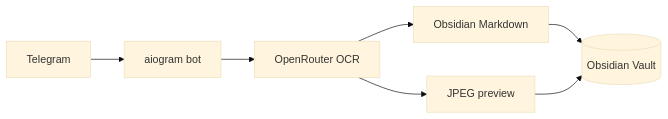
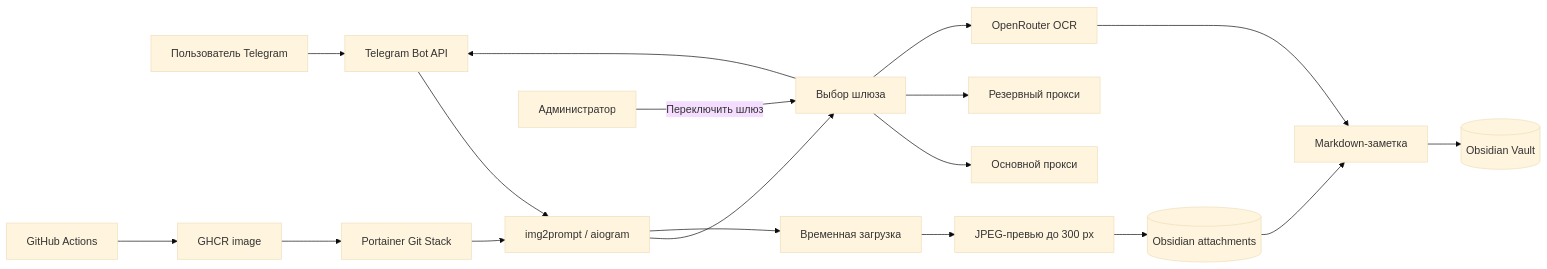
One commit to lstunn25ai/img2prompt changed the diagram in README.md. Above: the diagram before and after it, drawn with Mermaid (base theme). The commit also changed other lines of this file and 7 other files, not shown here.

````diff
--- a/README.md
+++ b/README.md
@@ -29,9 +17,20 @@
 ```mermaid
 flowchart LR
-    U[Telegram] --> B[aiogram bot]
-    B --> O[OpenRouter OCR]
-    O --> N[Obsidian Markdown]
-    O --> A[JPEG preview]
-    N --> V[(Obsidian Vault)]
-    A --> V
+    user[Пользователь Telegram] --> telegram[Telegram Bot API]
+    telegram --> bot[img2prompt / aiogram]
+    admin[Администратор] -->|Переключить шлюз| router[Выбор шлюза]
+    bot --> router
+    router --> primary[Основной прокси]
+    router --> reserve[Резервный прокси]
+    router --> telegram
+    router --> ocr[OpenRouter OCR]
+    bot --> incoming[Временная загрузка]
+    incoming --> preview[JPEG-превью до 300 px]
+    ocr --> note[Markdown-заметка]
+    preview --> attachments[(Obsidian attachments)]
+    attachments --> note
+    note --> vault[(Obsidian Vault)]
+    ci[GitHub Actions] --> ghcr[GHCR image]
+    ghcr --> portainer[Portainer Git Stack]
+    portainer --> bot
 ```
````
